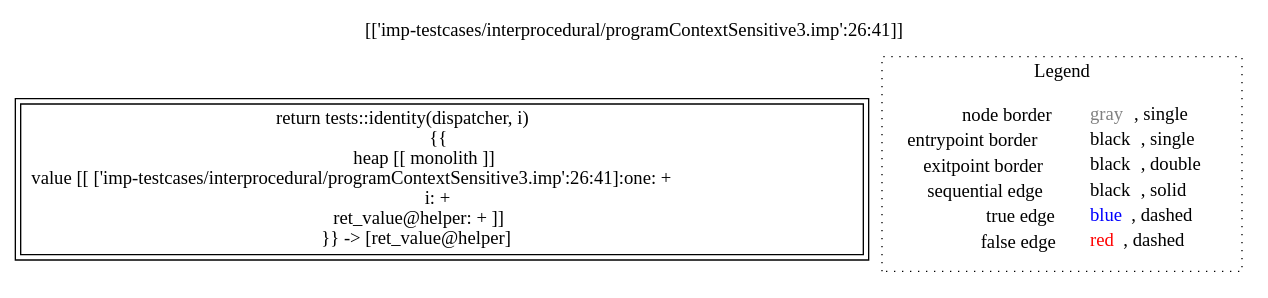
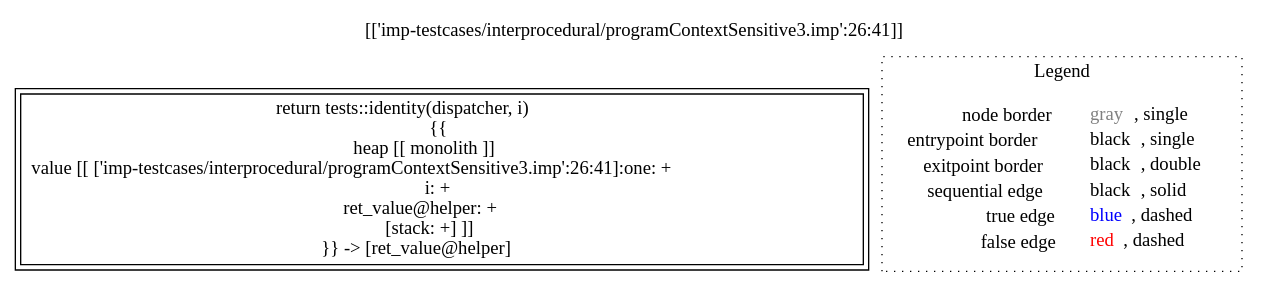
One commit to lisa-analyzer/lisa changed the diagram in lisa/lisa-core/imp-testcases/interprocedural/RTAContextSensitive4/analysis___-891423586_untyped_tests.helper(tests_this,_untyped_i,_untyped_dispatcher).dot. Above: the diagram before and after it, drawn with Graphviz. The commit also changed 84 other files, not shown here.

```diff
--- a/lisa/lisa-core/imp-testcases/interprocedural/RTAContextSensitive4/analysis___-891423586_untyped_tests.helper(tests_this,_untyped_i,_untyped_dispatcher).dot
+++ b/lisa/lisa-core/imp-testcases/interprocedural/RTAContextSensitive4/analysis___-891423586_untyped_tests.helper(tests_this,_untyped_i,_untyped_dispatcher).dot
@@ -1,12 +1,12 @@
 digraph {
 	labelloc="t";
 	label="[['imp-testcases/interprocedural/programContextSensitive3.imp':26:41]]";
-	"node0" [shape="rect",color="black",peripheries="2",label=<return tests::identity(dispatcher, i)<BR/>{{<BR/>heap [[ monolith ]]<BR/>value [[ ['imp-testcases/interprocedural/programContextSensitive3.imp':26:41]:one: +<BR/>i: +<BR/>ret_value@helper: + ]]<BR/>}} -&gt; [ret_value@helper]>];
+	"node0" [shape="rect",color="black",peripheries="2",label=<return tests::identity(dispatcher, i)<BR/>{{<BR/>heap [[ monolith ]]<BR/>value [[ ['imp-testcases/interprocedural/programContextSensitive3.imp':26:41]:one: +<BR/>i: +<BR/>ret_value@helper: +<BR/>[stack: +] ]]<BR/>}} -&gt; [ret_value@helper]>];
 subgraph cluster_legend {
 	label="Legend";
 	style=dotted;
 	node [shape=plaintext];
 	"legend" [label=<<table border="0" cellpadding="2" cellspacing="0" cellborder="0"><tr><td align="right">node border&nbsp;</td><td align="left"><font color="gray">gray</font>, single</td></tr><tr><td align="right">entrypoint border&nbsp;</td><td align="left"><font color="black">black</font>, single</td></tr><tr><td align="right">exitpoint border&nbsp;</td><td align="left"><font color="black">black</font>, double</td></tr><tr><td align="right">sequential edge&nbsp;</td><td align="left"><font color="black">black</font>, solid</td></tr><tr><td align="right">true edge&nbsp;</td><td align="left"><font color="blue">blue</font>, dashed</td></tr><tr><td align="right">false edge&nbsp;</td><td align="left"><font color="red">red</font>, dashed</td></tr></table>>];
 }
 
 }
```
